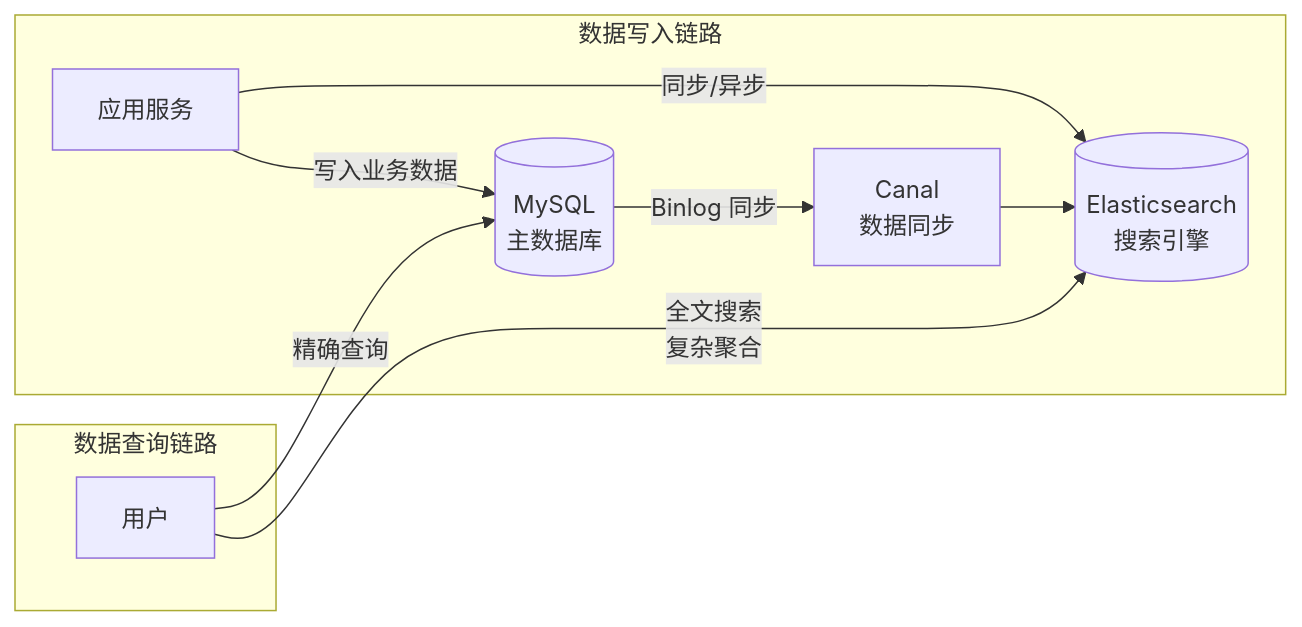
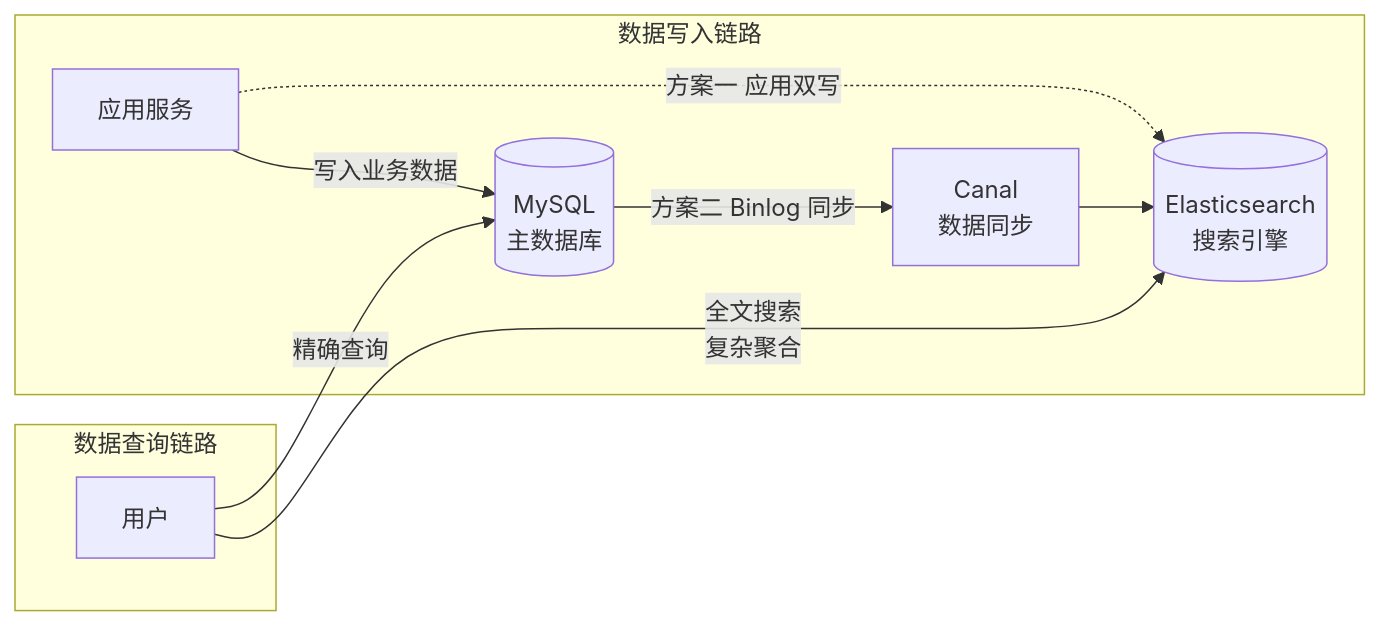
Before and after one commit to b1tzer/the-stack: the diagram in docs/elasticsearch/01-basics/chapter-00-intro.md, drawn with Mermaid. The commit also changed other lines of this file and 3 other files, not shown here.

````diff
--- a/docs/elasticsearch/01-basics/chapter-00-intro.md
+++ b/docs/elasticsearch/01-basics/chapter-00-intro.md
@@ -28,14 +28,14 @@
 ```mermaid
 flowchart LR
     subgraph 数据写入链路
         App[应用服务] -->|写入业务数据| MySQL[(MySQL<br>主数据库)]
-        App -->|同步/异步| ES[(Elasticsearch<br>搜索引擎)]
-        MySQL -->|Binlog 同步| Canal[Canal<br>数据同步]
+        App -.->|方案一 应用双写| ES[(Elasticsearch<br>搜索引擎)]
+        MySQL -->|方案二 Binlog 同步| Canal[Canal<br>数据同步]
         Canal --> ES
     end
 
     subgraph 数据查询链路
         User[用户] -->|精确查询| MySQL
         User -->|全文搜索<br>复杂聚合| ES
     end
 ```
````
